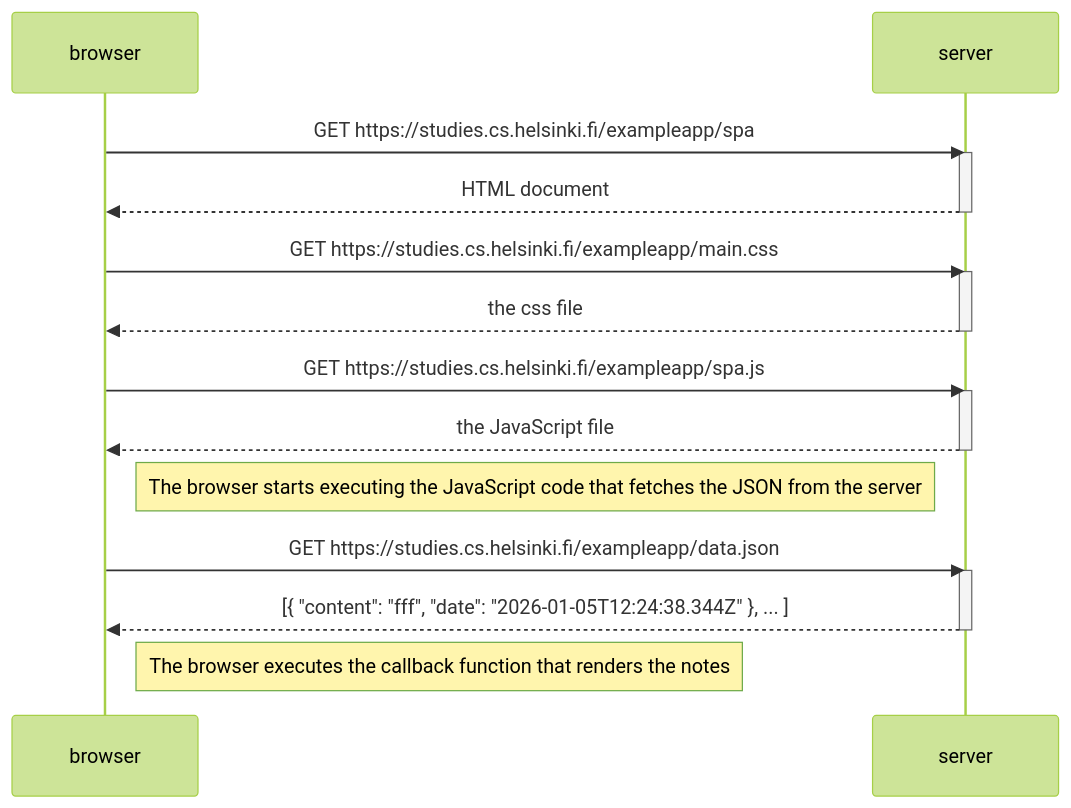
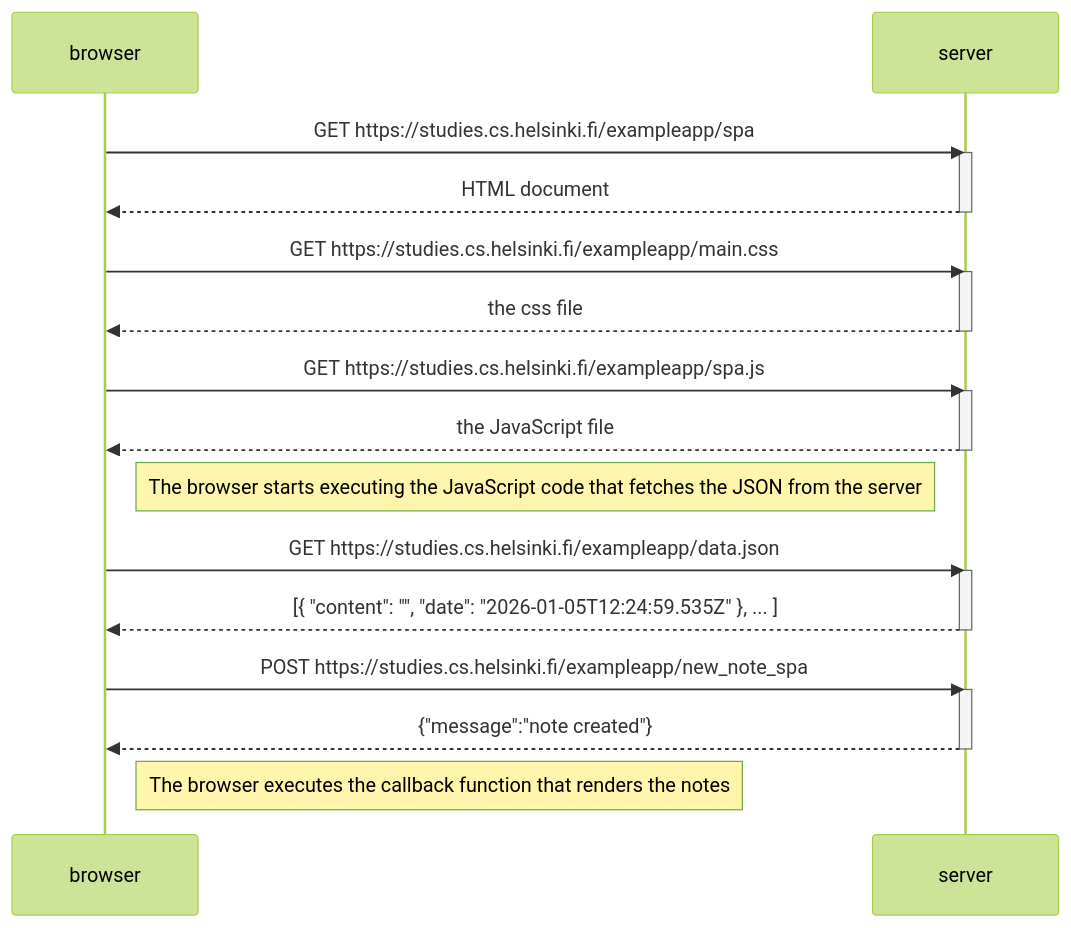
Before and after one commit to OttoPel/LokeroApp: the diagram in test.md, drawn with Mermaid (forest theme).

````diff
--- a/test.md
+++ b/test.md
@@ -1,29 +1,34 @@
 ```mermaid
 sequenceDiagram
     participant browser
     participant server
     
     browser->>server: GET https://studies.cs.helsinki.fi/exampleapp/spa
     activate server
     server-->>browser: HTML document
     deactivate server
     
     browser->>server: GET https://studies.cs.helsinki.fi/exampleapp/main.css
     activate server
     server-->>browser: the css file
     deactivate server
     
     browser->>server: GET https://studies.cs.helsinki.fi/exampleapp/spa.js
     activate server
     server-->>browser: the JavaScript file
     deactivate server
     
     Note right of browser: The browser starts executing the JavaScript code that fetches the JSON from the server
     
     browser->>server: GET https://studies.cs.helsinki.fi/exampleapp/data.json
     activate server
-    server-->>browser: [{ "content": "fff", "date": "2026-01-05T12:24:38.344Z" }, ... ]
+    server-->>browser: [{ "content": "", "date": "2026-01-05T12:24:59.535Z" }, ... ]
     deactivate server    
+
+    browser->>server: POST https://studies.cs.helsinki.fi/exampleapp/new_note_spa
+    activate server
+    server-->>browser: {"message":"note created"}
+    deactivate server
 
     Note right of browser: The browser executes the callback function that renders the notes
 ```
````
